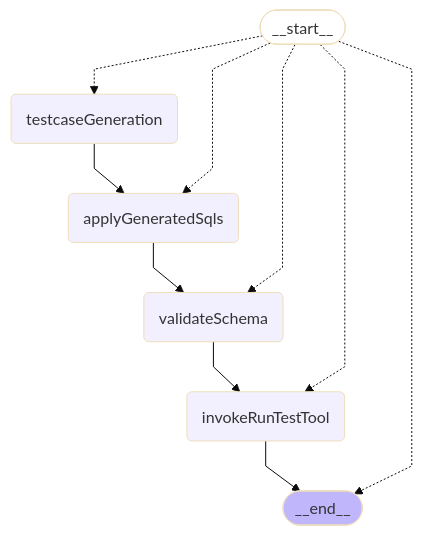
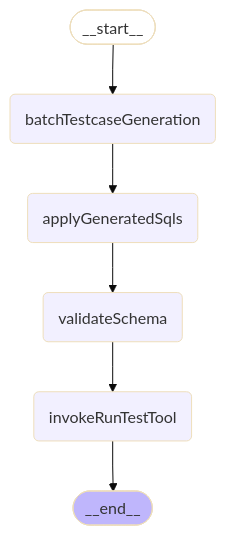
Before and after one commit to liam-hq/liam: the fifth of 6 diagrams in frontend/internal-packages/agent/README.md, drawn with Mermaid (base theme). The commit also changed other lines of this file and 6 other files, not shown here.

First line of the commit message:
feat: implement batched testcase generation with progress tracking

````diff
--- a/frontend/internal-packages/agent/README.md
+++ b/frontend/internal-packages/agent/README.md
@@ -233,22 +233,18 @@
 ```mermaid
 %%{init: {'flowchart': {'curve': 'linear'}}}%%
 graph TD;
 	__start__([<p>__start__</p>]):::first
-	testcaseGeneration(testcaseGeneration)
+	batchTestcaseGeneration(batchTestcaseGeneration)
 	applyGeneratedSqls(applyGeneratedSqls)
 	validateSchema(validateSchema)
 	invokeRunTestTool(invokeRunTestTool)
 	__end__([<p>__end__</p>]):::last
+	__start__ --> batchTestcaseGeneration;
 	applyGeneratedSqls --> validateSchema;
+	batchTestcaseGeneration --> applyGeneratedSqls;
 	invokeRunTestTool --> __end__;
-	testcaseGeneration --> applyGeneratedSqls;
 	validateSchema --> invokeRunTestTool;
-	__start__ -.-> testcaseGeneration;
-	__start__ -.-> applyGeneratedSqls;
-	__start__ -.-> validateSchema;
-	__start__ -.-> invokeRunTestTool;
-	__start__ -.-> __end__;
 	classDef default fill:#f2f0ff,line-height:1.2;
 	classDef first fill-opacity:0;
 	classDef last fill:#bfb6fc;
 ```
````
